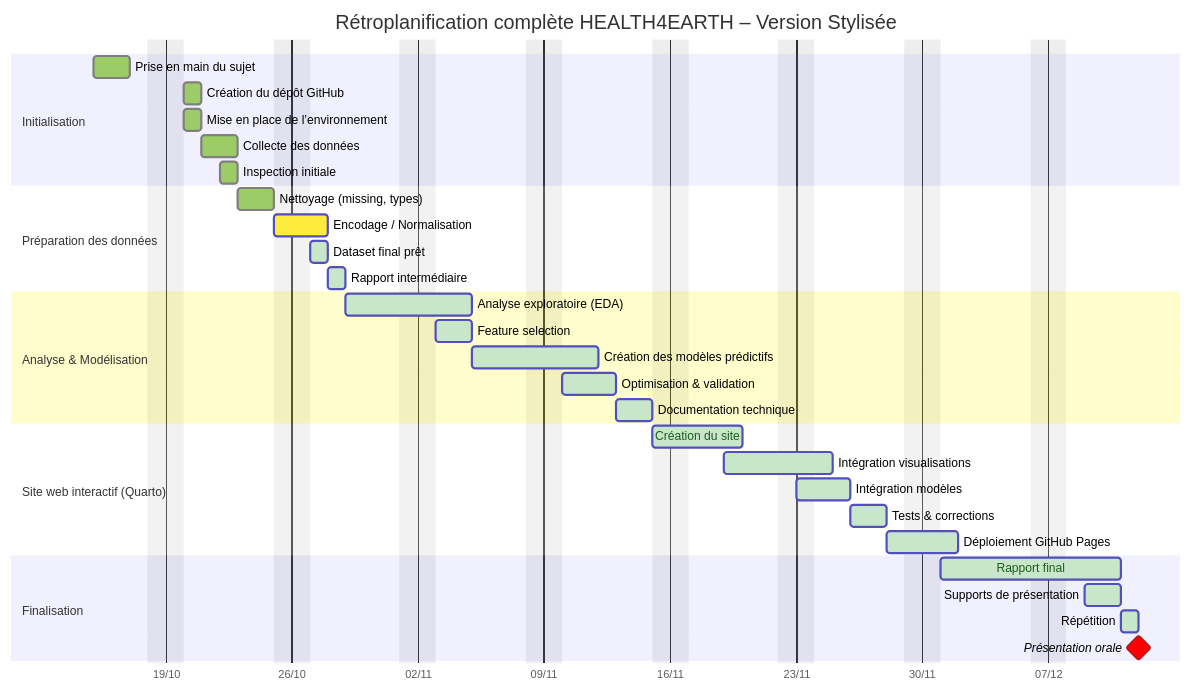
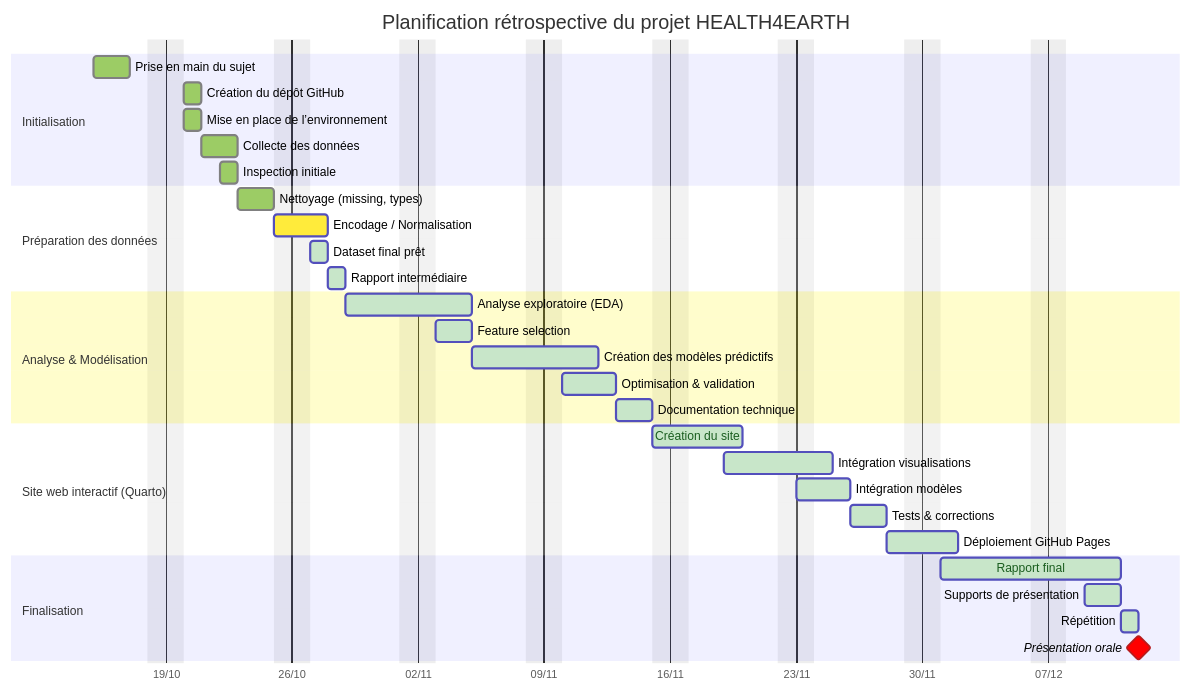
Before and after one commit to Modestedvlr/Health4Earth: the diagram in docs/notes/gantt.md, drawn with Mermaid.

Commit message:
Modif diagramme de gantt

````diff
--- a/docs/notes/gantt.md
+++ b/docs/notes/gantt.md
@@ -1,79 +1,79 @@
 ```mermaid
 
 %%{init: {
     "theme": "default",
     "themeVariables": {
         "primaryColor": "#4CAF50",
         "primaryBorderColor": "#2E7D32",
         "primaryTextColor": "#fff",
         "secondaryColor": "#81C784",
         "secondaryTextColor": "#fff",
         "tertiaryColor": "#A5D6A7",
         "noteBkgColor": "#E8F5E9",
         "noteTextColor": "#1B5E20",
         "taskTextColor": "#1B5E20",
         "taskBkgColor": "#C8E6C9",
         "doneTaskBkgColor": "#9CCC65",
         "doneTaskTextColor": "#1B5E20",
         "activeTaskBkgColor": "#FFEB3B",
         "activeTaskTextColor": "#000",
         "critColor": "#E53935",
         "critBorderColor": "#B71C1C"
     }
 }}%%
 
 gantt
-    title Rétroplanification complète HEALTH4EARTH – Version Stylisée
+    title Planification rétrospective du projet HEALTH4EARTH
     dateFormat  YYYY-MM-DD
     axisFormat  %d/%m
     todayMarker off
     excludes    weekends
 
     %% -----------------------------
     %% PHASE 1 — INITIALISATION
     %% -----------------------------
     section Initialisation
     Prise en main du sujet                    :done,    2025-10-15, 2d
     Création du dépôt GitHub                  :done,    2025-10-20, 1d
     Mise en place de l’environnement          :done,    2025-10-20, 1d
     Collecte des données                      :done,    2025-10-21, 2d
     Inspection initiale                       :done,    2025-10-22, 1d
 
     %% -----------------------------
     %% PHASE 2 — PREP & CLEANING
     %% -----------------------------
     section Préparation des données
     Nettoyage (missing, types)                :done,    2025-10-23, 2d
     Encodage / Normalisation                  :active,  2025-10-25, 2d
     Dataset final prêt                        :2025-10-27, 1d
     Rapport intermédiaire                     :2025-10-28, 1d
 
     %% -----------------------------
     %% PHASE 3 — ANALYSE & MODEL
     %% -----------------------------
     section Analyse & Modélisation
     Analyse exploratoire (EDA)                :2025-10-29, 5d
     Feature selection                         :2025-11-03, 2d
     Création des modèles prédictifs           :2025-11-05, 5d
     Optimisation & validation                 :2025-11-10, 3d
     Documentation technique                   :2025-11-13, 2d
 
     %% -----------------------------
     %% PHASE 4 — SITE WEB
     %% -----------------------------
     section Site web interactif (Quarto)
     Création du site                          :2025-11-15, 4d
     Intégration visualisations                :2025-11-19, 4d
     Intégration modèles                       :2025-11-23, 3d
     Tests & corrections                        :2025-11-26, 2d
     Déploiement GitHub Pages                  :2025-11-28, 2d
 
     %% -----------------------------
     %% PHASE 5 — FINALISATION
     %% -----------------------------
     section Finalisation
     Rapport final                             :2025-12-01, 8d
     Supports de présentation                  :2025-12-09, 2d
     Répétition                                :2025-12-11, 1d
     Présentation orale                        :milestone, crit, 2025-12-12, 0d
 ```
````
